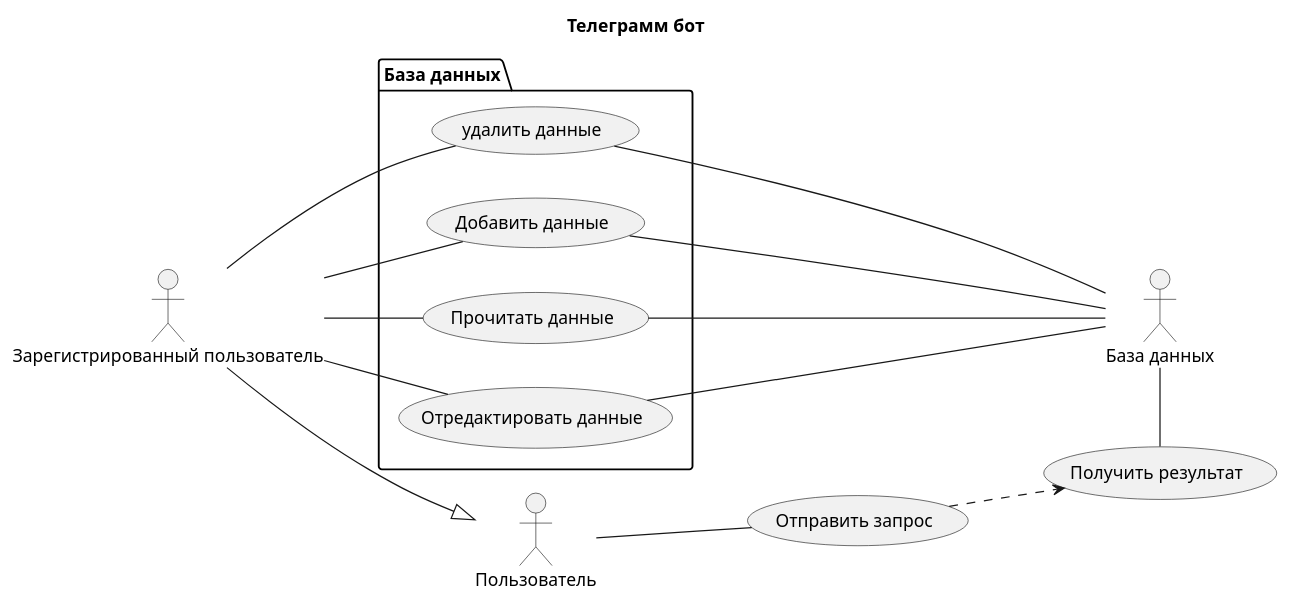
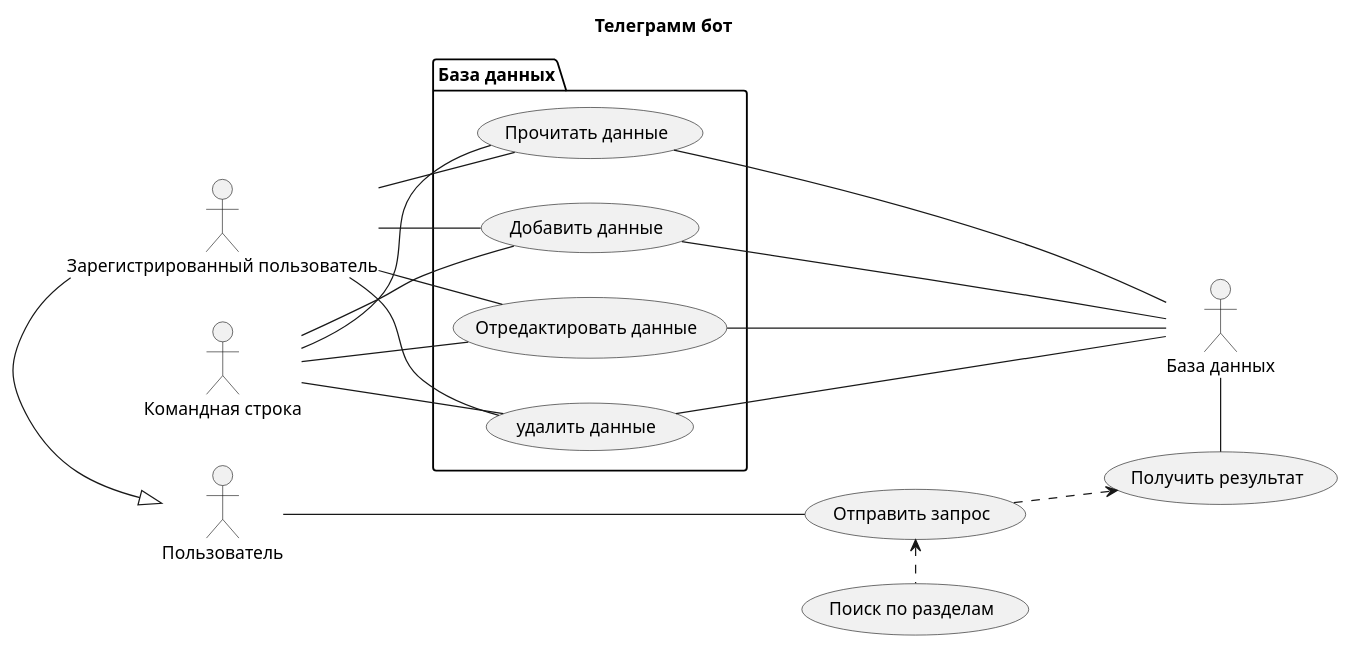
One commit to GodEmperor40000/telegram_bot changed the diagram in src/docs/usecase.wsd. Above: the diagram before and after it, drawn with PlantUML. The commit also changed 4 other files, not shown here.

Commit message:
some fixes in usecase diagram and component diagram added

```diff
--- a/src/docs/usecase.wsd
+++ b/src/docs/usecase.wsd
@@ -1,35 +1,43 @@
 @startuml Example
     title Телеграмм бот 
 
     left to right direction
 
     actor "Пользователь" as User
     actor "База данных" as Db
     actor "Зарегистрированный пользователь" as Auth_user
+    actor "Командная строка" as CLI
 
     usecase "Отправить запрос" as question
+    usecase "Поиск по разделам" as secs_search
     usecase "Получить результат" as result
 
     package "База данных" {
     usecase "Добавить данные" as create
     usecase "Прочитать данные" as read
     usecase "Отредактировать данные" as update
     usecase "удалить данные" as del
     }
 
     User -- question
     question ..> result
+    secs_search .left.> question
     Auth_user -|> User
+
+    CLI - read
+    CLI - create
+    CLI - update
+    CLI -down- del
 
     Auth_user -- create
     Auth_user - read
     Auth_user - update
     Auth_user - del
 
     Db - result
 
     Db -up-- create
     Db -left-- read
     Db -left-- update
     Db -left-- del
 @enduml
```
